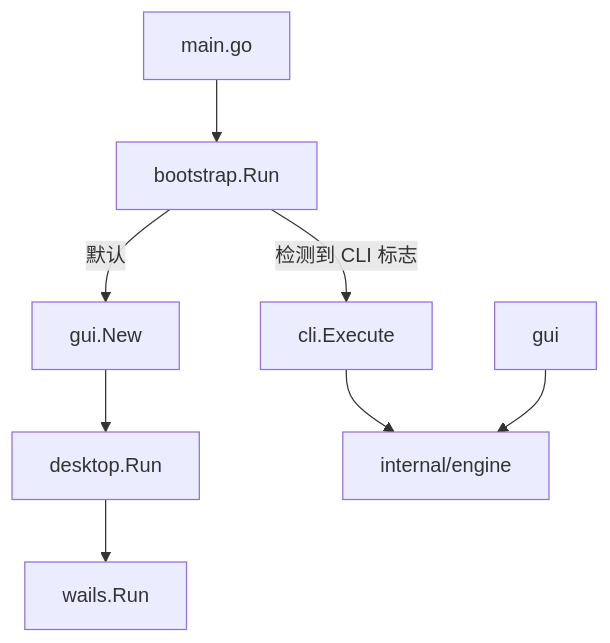
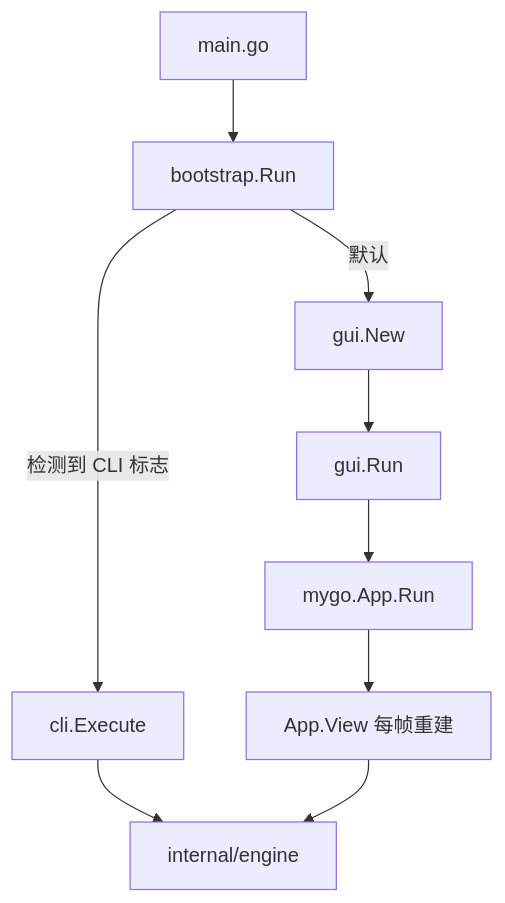
The diagram in docs/ARCHITECTURE.md (Shirolin/videopress), drawn with Mermaid before and after one commit. The commit also changed other lines of this file and 57 other files, not shown here.

````diff
--- a/docs/ARCHITECTURE.md
+++ b/docs/ARCHITECTURE.md
@@ -34,10 +38,11 @@
 ```mermaid
 flowchart TB
   main[main.go] --> bootstrap[bootstrap.Run]
   bootstrap -->|检测到 CLI 标志| cli[cli.Execute]
   bootstrap -->|默认| guiNew[gui.New]
-  guiNew --> desktop[desktop.Run]
-  desktop --> wails[wails.Run]
+  guiNew --> run[gui.Run]
+  run --> mygo[mygo.App.Run]
+  mygo --> view[App.View 每帧重建]
   cli --> engine[internal/engine]
-  gui --> engine
+  view --> engine
 ```
````
